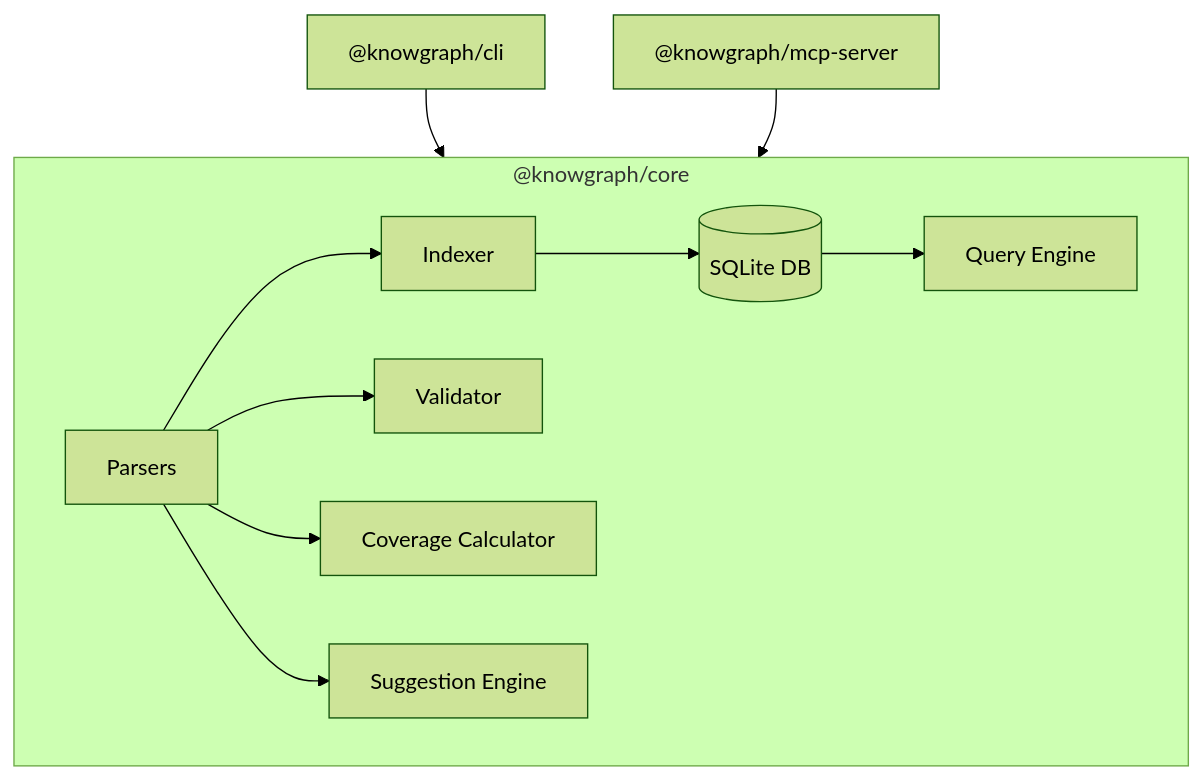
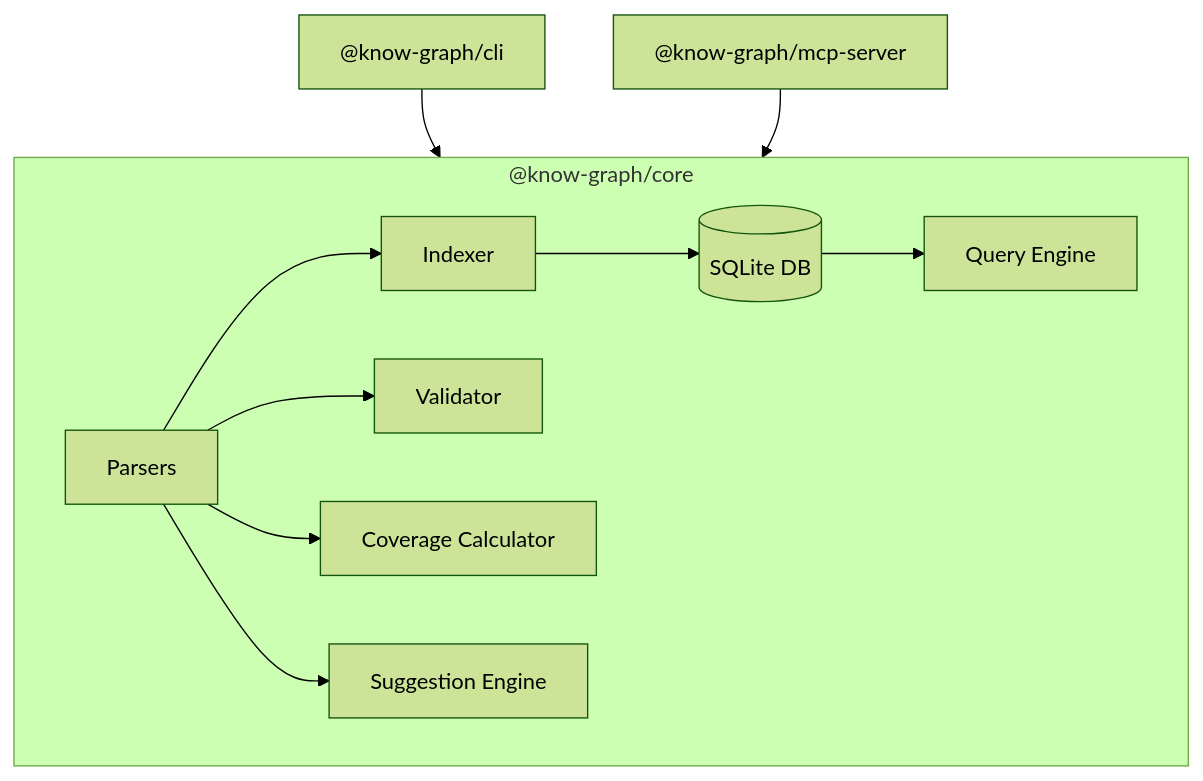
One commit to idosams/know-know changed the diagram in docs/development/api-reference.md. Above: the diagram before and after it, drawn with Mermaid (forest theme). The commit also changed other lines of this file and 51 other files, not shown here.

Commit message:
chore: rename npm scope from @knowgraph to @know-graph

````diff
--- a/docs/development/api-reference.md
+++ b/docs/development/api-reference.md
@@ -13,13 +13,13 @@
 ```mermaid
 flowchart TD
-    subgraph Core["@knowgraph/core"]
+    subgraph Core["@know-graph/core"]
         P[Parsers] --> I[Indexer]
         I --> DB[(SQLite DB)]
         DB --> Q[Query Engine]
         P --> V[Validator]
         P --> C[Coverage Calculator]
         P --> S[Suggestion Engine]
     end
-    CLI["@knowgraph/cli"] --> Core
-    MCP["@knowgraph/mcp-server"] --> Core
+    CLI["@know-graph/cli"] --> Core
+    MCP["@know-graph/mcp-server"] --> Core
 ```
````
